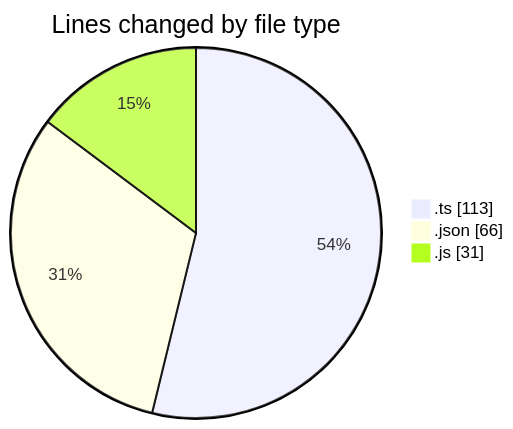
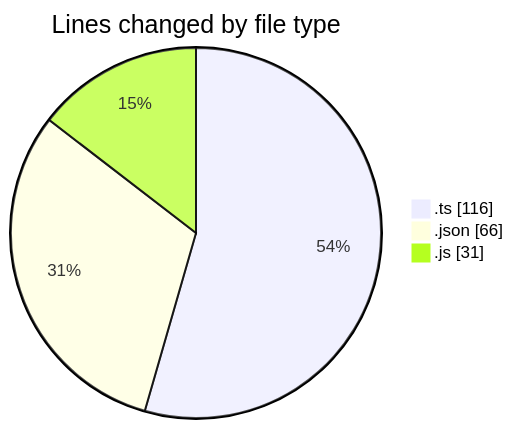
The first of 2 diagrams in 2026-02-05/singularitybrainai/README.md (tmsrecording-cyber/code-tracking), drawn with Mermaid before and after one commit. The commit also changed other lines of this file and 1 other file, not shown here.

````diff
--- a/2026-02-05/singularitybrainai/README.md
+++ b/2026-02-05/singularitybrainai/README.md
@@ -23,7 +23,7 @@
 ```mermaid
 pie showData
 title Lines changed by file type
-".ts" : 113
+".ts" : 116
 ".json" : 66
 ".js" : 31
 ```
````
